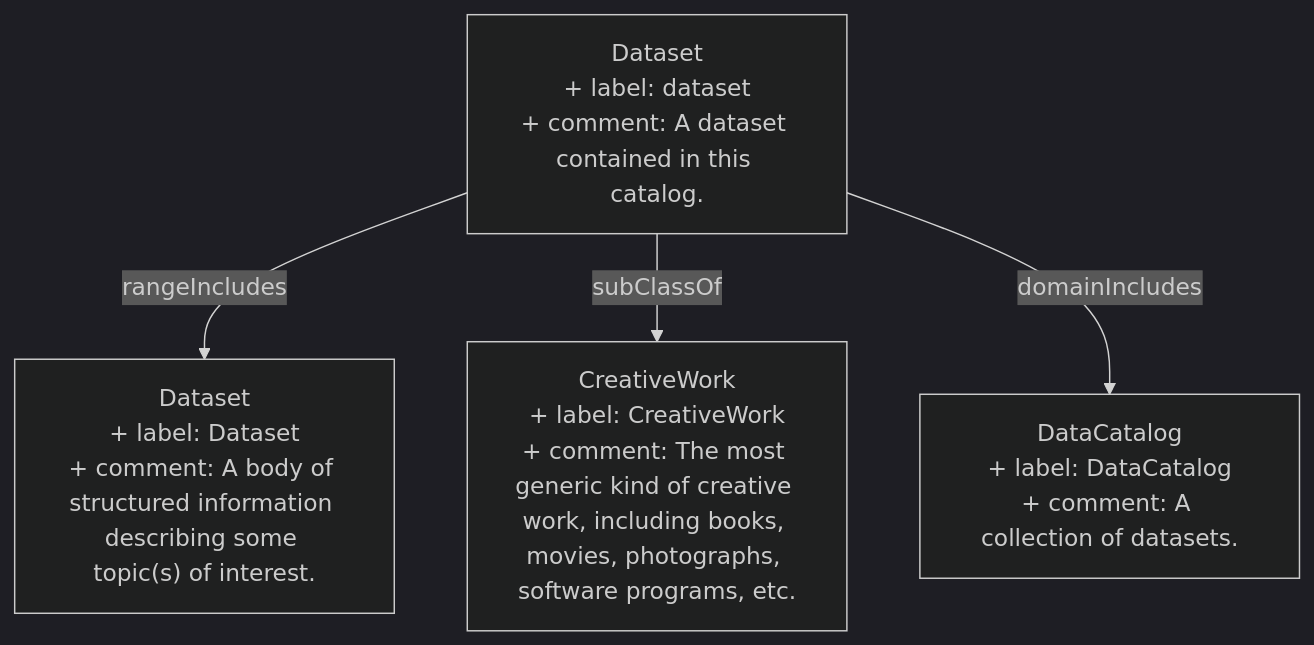
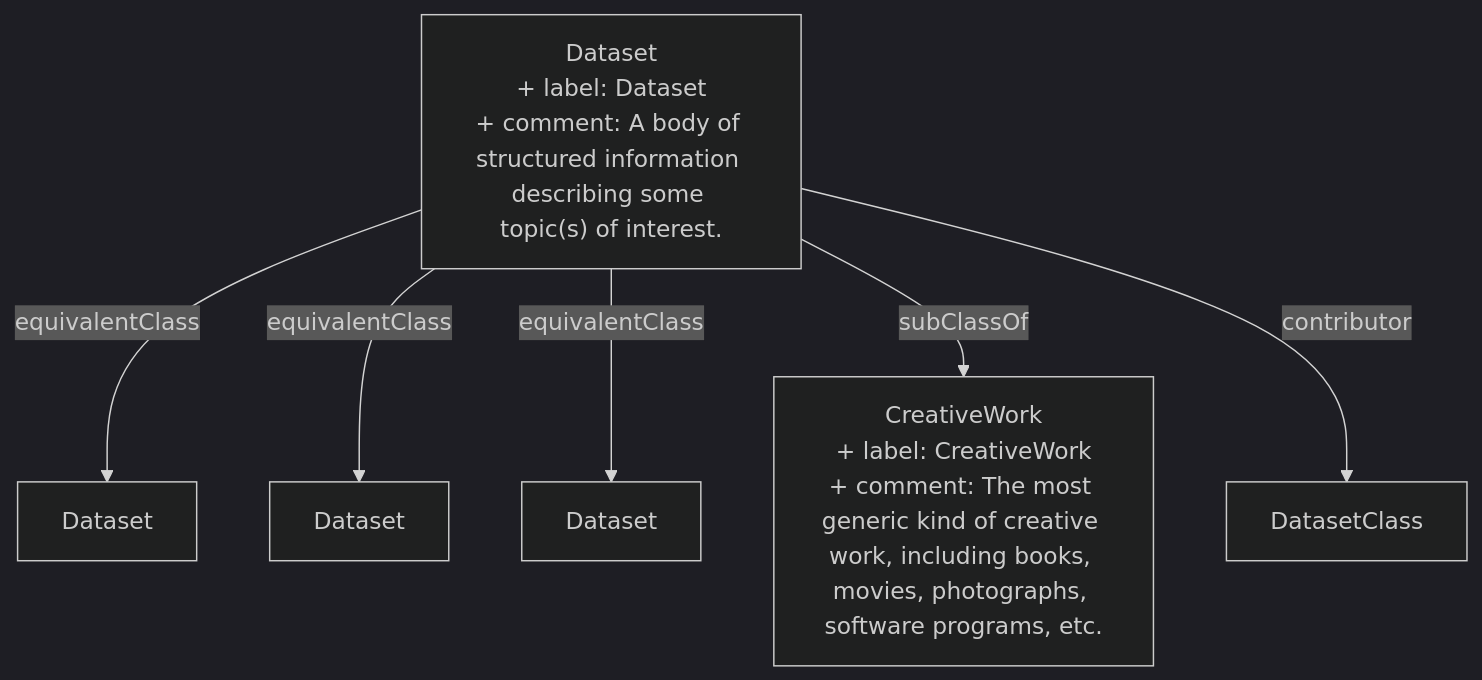
Before and after one commit to heidingaway/heidi2: the diagram in content/accountabilities/dataset.md, drawn with Mermaid (dark theme). The commit also changed other lines of this file and 372 other files, not shown here.

````diff
--- a/content/accountabilities/dataset.md
+++ b/content/accountabilities/dataset.md
@@ -27,10 +27,14 @@
 ```mermaid
 graph TD
-  Dataset["Dataset<br>+ label: dataset<br>+ comment: A dataset contained in this catalog."]:::current-page-node
-  DataCatalog["DataCatalog<br>+ label: DataCatalog<br>+ comment: A collection of datasets."]
-  Dataset_1["Dataset<br>+ label: Dataset<br>+ comment: A body of structured information describing some topic(s) of interest."]
+  Dataset["Dataset<br>+ label: Dataset<br>+ comment: A body of structured information describing some topic(s) of interest."]:::current-page-node
   CreativeWork["CreativeWork<br>+ label: CreativeWork<br>+ comment: The most generic kind of creative work, including books, movies, photographs, software programs, etc."]
-  Dataset-->|" rangeIncludes "|Dataset_1
+  Dataset_1["Dataset"]
+  Dataset_2["Dataset"]
+  Dataset_3["Dataset"]
+  DatasetClass["DatasetClass"]
+  Dataset-->|" equivalentClass "|Dataset_1
+  Dataset-->|" equivalentClass "|Dataset_2
+  Dataset-->|" equivalentClass "|Dataset_3
   Dataset-->|" subClassOf "|CreativeWork
-  Dataset-->|" domainIncludes "|DataCatalog
+  Dataset-->|" contributor "|DatasetClass
 ```
````
